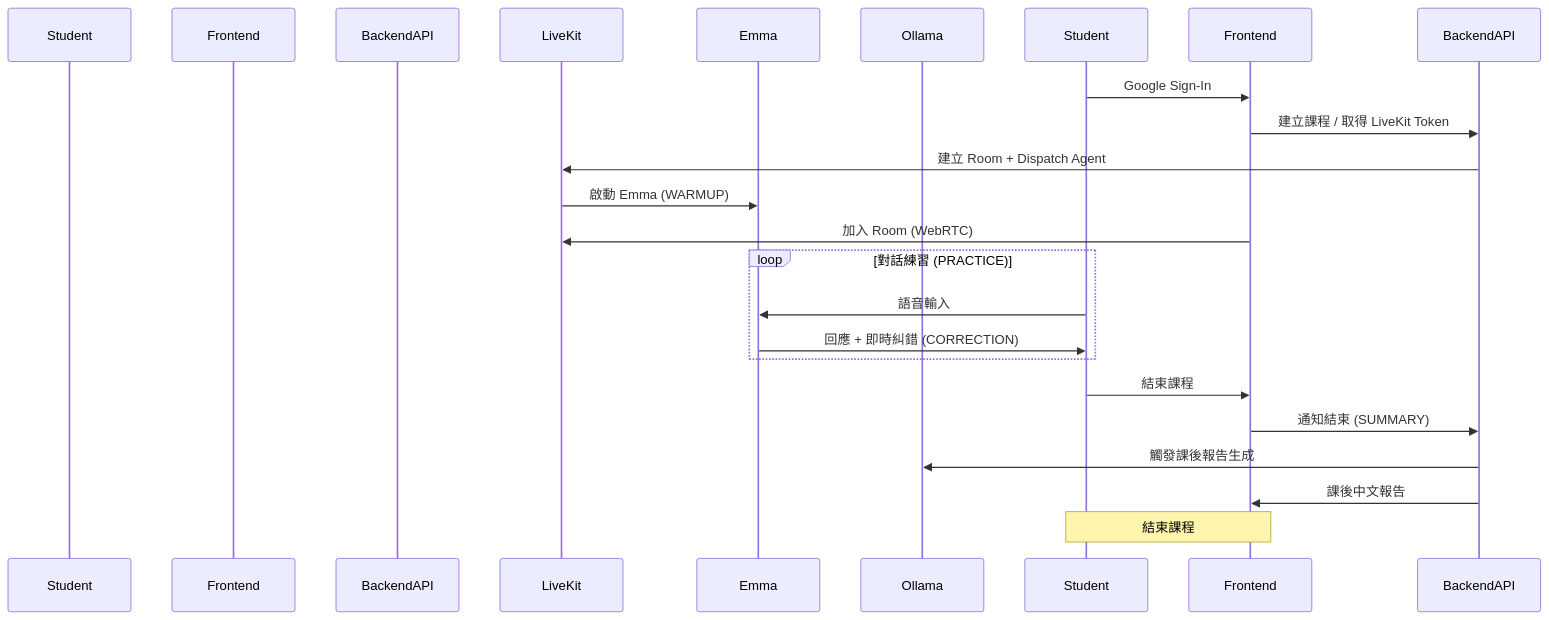
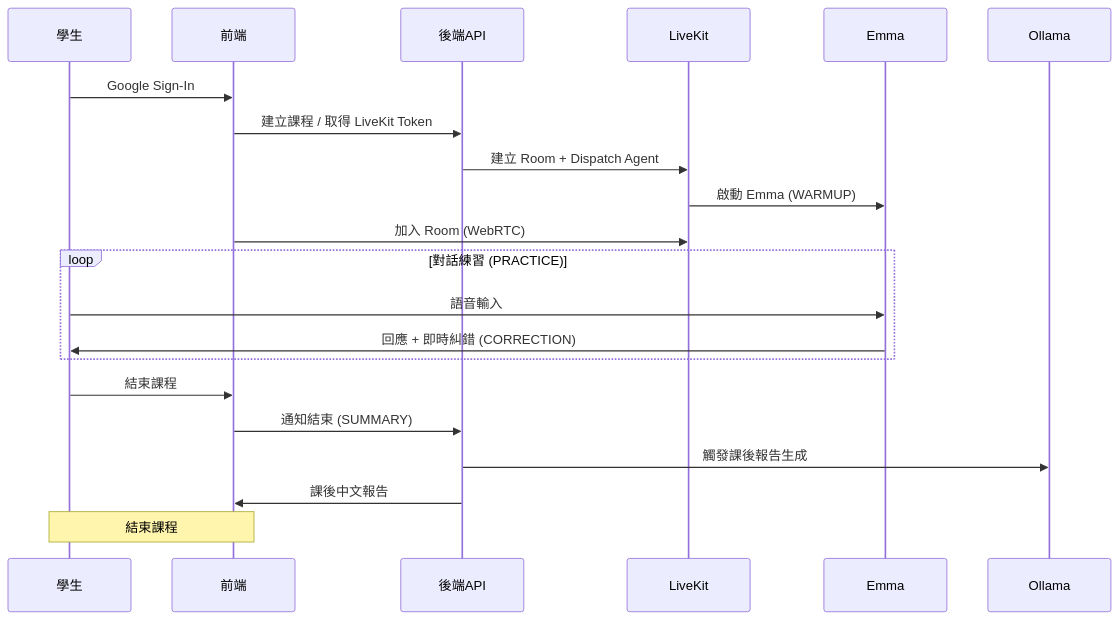
The second of 2 diagrams in src/content/posts/product/2026-04-23-live-english-tutor.md (a920604a/engineernews), drawn with Mermaid before and after one commit. The commit also changed 5 other files, not shown here.

Commit message:
fix: auto-fix mermaid syntax errors in posts

````diff
--- a/src/content/posts/product/2026-04-23-live-english-tutor.md
+++ b/src/content/posts/product/2026-04-23-live-english-tutor.md
@@ -61,24 +61,24 @@
 ```mermaid
 sequenceDiagram
-  participant 學生 as Student
-  participant 前端 as Frontend
-  participant 後端API as BackendAPI
+  participant Student as 學生
+  participant Frontend as 前端
+  participant BackendAPI as 後端API
   participant LiveKit as LiveKit
   participant Emma as Emma
   participant Ollama as Ollama
 
   Student->>Frontend: Google Sign-In
   Frontend->>BackendAPI: 建立課程 / 取得 LiveKit Token
   BackendAPI->>LiveKit: 建立 Room + Dispatch Agent
   LiveKit->>Emma: 啟動 Emma (WARMUP)
   Frontend->>LiveKit: 加入 Room (WebRTC)
   loop 對話練習 (PRACTICE)
     Student->>Emma: 語音輸入
     Emma->>Student: 回應 + 即時糾錯 (CORRECTION)
   end
   Student->>Frontend: 結束課程
   Frontend->>BackendAPI: 通知結束 (SUMMARY)
   BackendAPI->>Ollama: 觸發課後報告生成
   BackendAPI->>Frontend: 課後中文報告
-  Note over Student, Frontend: 結束課程
+  Note over Student,Frontend: 結束課程
 ```
````
